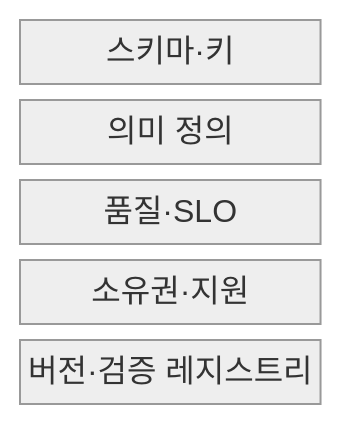
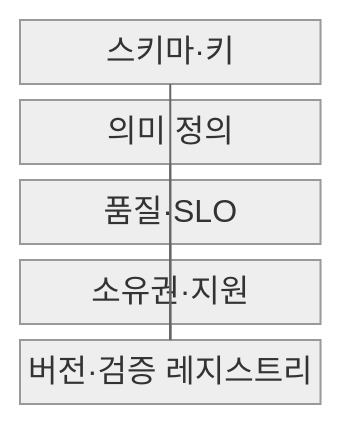
The first of 2 diagrams in src/content/docs/notes/03-software/140_data_contract.md (agnusdei1207/knowledge-base), drawn with Mermaid (neutral theme) before and after one commit. The commit also changed other lines of this file and 20 other files, not shown here.

````diff
--- a/src/content/docs/notes/03-software/140_data_contract.md
+++ b/src/content/docs/notes/03-software/140_data_contract.md
@@ -56,9 +56,13 @@
 ```mermaid
-block-beta
+block
     columns 1
     A["스키마·키"]
     B["의미 정의"]
     C["품질·SLO"]
     D["소유권·지원"]
     E["버전·검증 레지스트리"]
+    A --- E
+    B --- E
+    C --- E
+    D --- E
 ```
````
